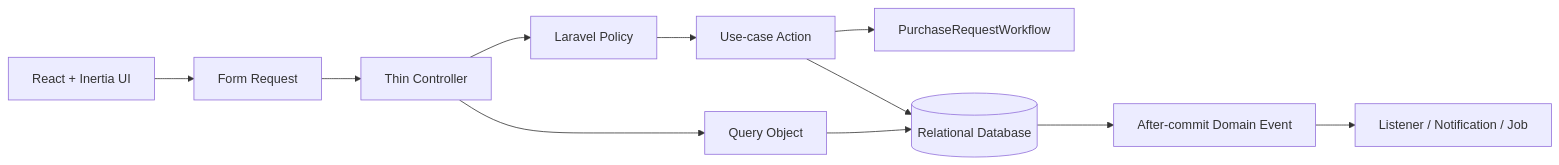
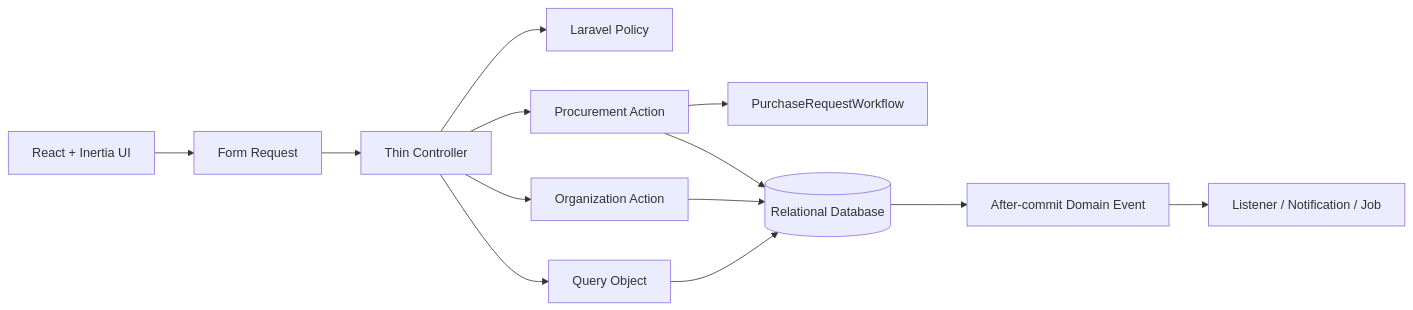
Before and after one commit to ZiadEldesoky/FlowGate: the first of 2 diagrams in README.md, drawn with Mermaid. The commit also changed other lines of this file and 14 other files, not shown here.

````diff
--- a/README.md
+++ b/README.md
@@ -27,14 +29,16 @@
 ```mermaid
 flowchart LR
     Browser["React + Inertia UI"] --> Request["Form Request"]
     Request --> Controller["Thin Controller"]
     Controller --> Policy["Laravel Policy"]
-    Policy --> Action["Use-case Action"]
-    Action --> Workflow["PurchaseRequestWorkflow"]
-    Action --> DB[("Relational Database")]
+    Controller --> ProcurementAction["Procurement Action"]
+    Controller --> OrganizationAction["Organization Action"]
+    ProcurementAction --> Workflow["PurchaseRequestWorkflow"]
+    ProcurementAction --> DB[("Relational Database")]
+    OrganizationAction --> DB
     DB --> Event["After-commit Domain Event"]
     Event --> Listener["Listener / Notification / Job"]
 
     Query["Query Object"] --> DB
     Controller --> Query
 ```
````
